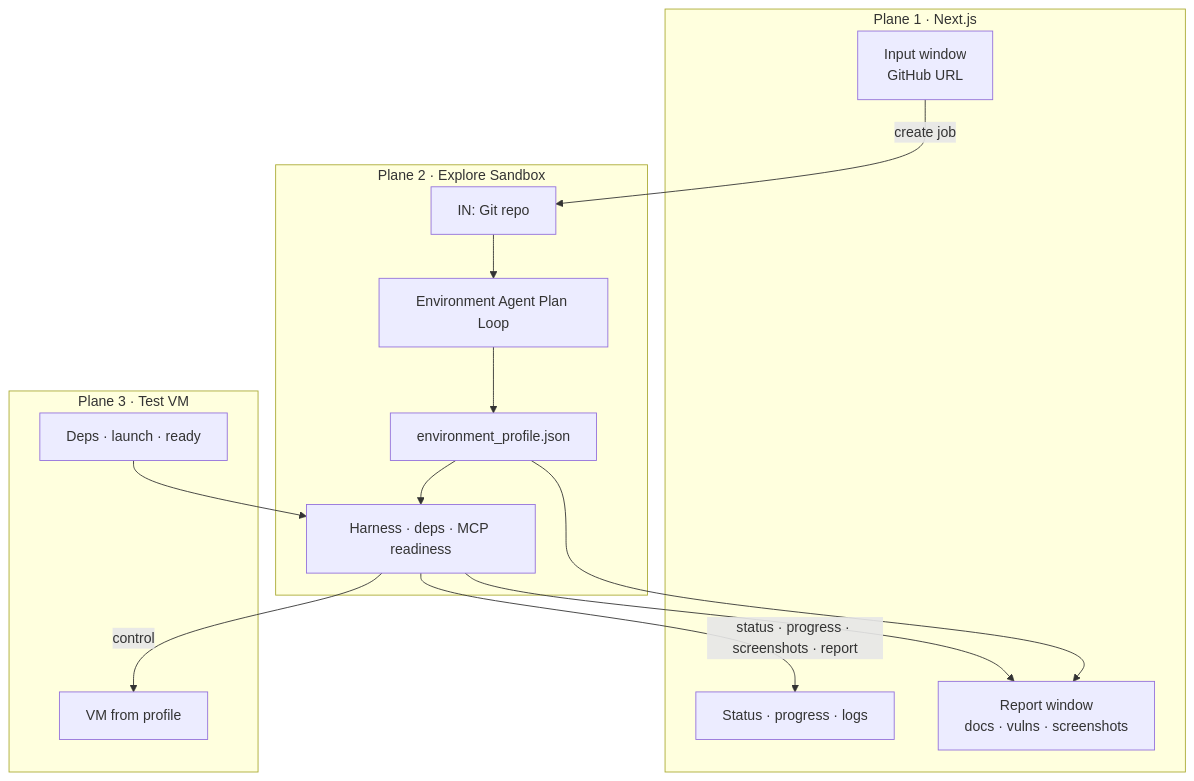
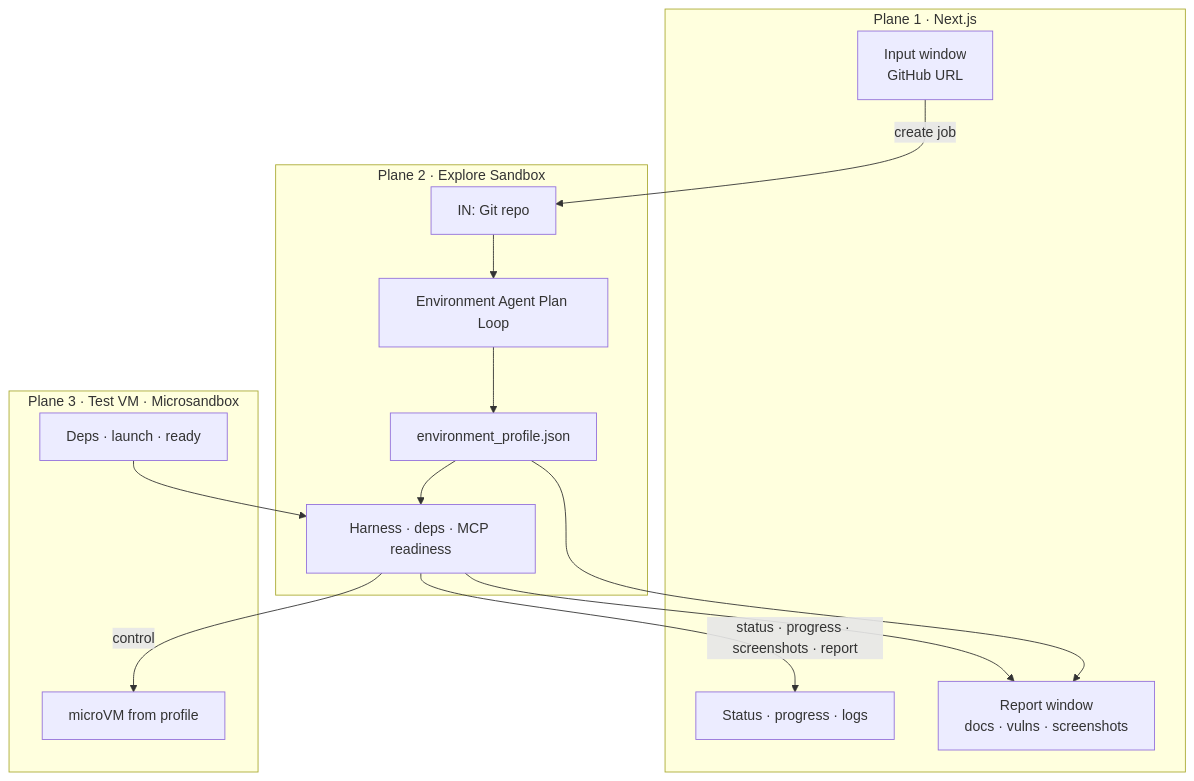
Before and after one commit to ludvigodin/killhub: the first of 4 diagrams in ARCHITECTURE.md, drawn with Mermaid. The commit also changed other lines of this file and 10 other files, not shown here.

````diff
--- a/ARCHITECTURE.md
+++ b/ARCHITECTURE.md
@@ -41,30 +46,30 @@
 ```mermaid
 flowchart TB
   subgraph plane1 ["Plane 1 · Next.js"]
     Input["Input window<br/>GitHub URL"]
     Status["Status · progress · logs"]
     Report["Report window<br/>docs · vulns · screenshots"]
   end
 
   subgraph plane2 ["Plane 2 · Explore Sandbox"]
     InRepo["IN: Git repo"]
     Loop["Environment Agent Plan Loop"]
     Profile["environment_profile.json"]
     Harness["Harness · deps · MCP readiness"]
   end
 
-  subgraph plane3 ["Plane 3 · Test VM"]
-    VM["VM from profile"]
+  subgraph plane3 ["Plane 3 · Test VM · Microsandbox"]
+    VM["microVM from profile"]
     Run["Deps · launch · ready"]
   end
 
   Input -->|"create job"| InRepo
   InRepo --> Loop
   Loop --> Profile
   Profile --> Harness
   Harness -->|"control"| VM
   Run --> Harness
   Harness -->|"status · progress · screenshots · report"| Status
   Harness --> Report
   Profile --> Report
 ```
````
